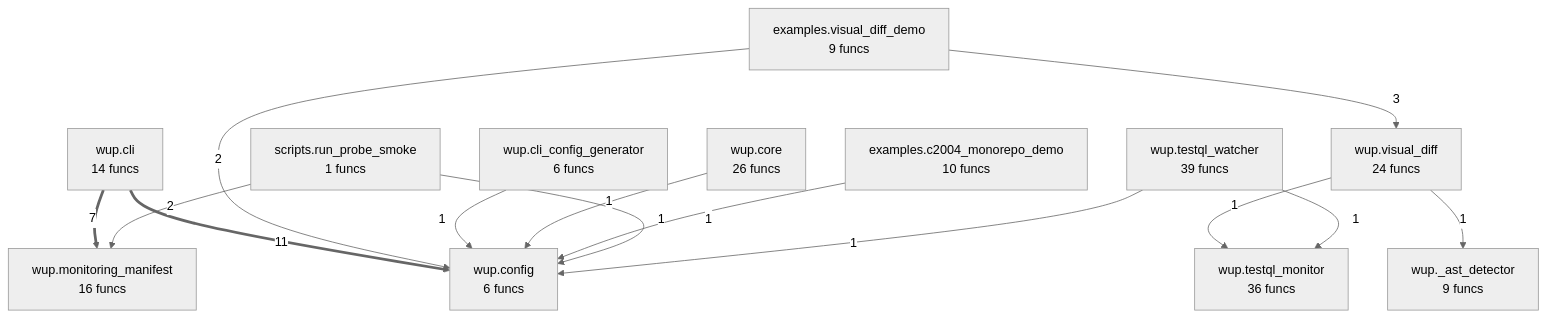
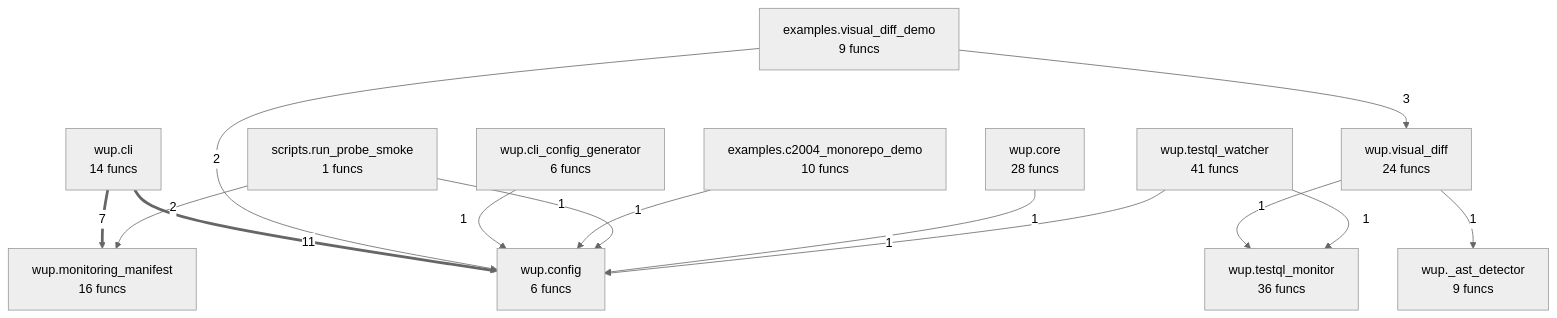
The diagram in project/compact_flow.mmd (semcod/wup), drawn with Mermaid (neutral theme) before and after one commit. The commit also changed 42 other files, not shown here.

```diff
--- a/project/compact_flow.mmd
+++ b/project/compact_flow.mmd
@@ -1,27 +1,27 @@
 flowchart TD
 %% generated in 0.01s
     examples__c2004_monorepo_demo["examples.c2004_monorepo_demo<br/>10 funcs"]
     examples__visual_diff_demo["examples.visual_diff_demo<br/>9 funcs"]
     scripts__run_probe_smoke["scripts.run_probe_smoke<br/>1 funcs"]
     wup___ast_detector["wup._ast_detector<br/>9 funcs"]
     wup__cli["wup.cli<br/>14 funcs"]
     wup__cli_config_generator["wup.cli_config_generator<br/>6 funcs"]
     wup__config["wup.config<br/>6 funcs"]
-    wup__core["wup.core<br/>26 funcs"]
+    wup__core["wup.core<br/>28 funcs"]
     wup__monitoring_manifest["wup.monitoring_manifest<br/>16 funcs"]
     wup__testql_monitor["wup.testql_monitor<br/>36 funcs"]
-    wup__testql_watcher["wup.testql_watcher<br/>39 funcs"]
+    wup__testql_watcher["wup.testql_watcher<br/>41 funcs"]
     wup__visual_diff["wup.visual_diff<br/>24 funcs"]
     wup__cli ==>|11| wup__config
     wup__cli ==>|7| wup__monitoring_manifest
     examples__visual_diff_demo -->|3| wup__visual_diff
     examples__visual_diff_demo -->|2| wup__config
     scripts__run_probe_smoke -->|2| wup__monitoring_manifest
     wup__cli_config_generator -->|1| wup__config
-    wup__core -->|1| wup__config
     wup__visual_diff -->|1| wup__testql_monitor
     wup__visual_diff -->|1| wup___ast_detector
     examples__c2004_monorepo_demo -->|1| wup__config
     scripts__run_probe_smoke -->|1| wup__config
+    wup__core -->|1| wup__config
     wup__testql_watcher -->|1| wup__config
     wup__testql_watcher -->|1| wup__testql_monitor
```
